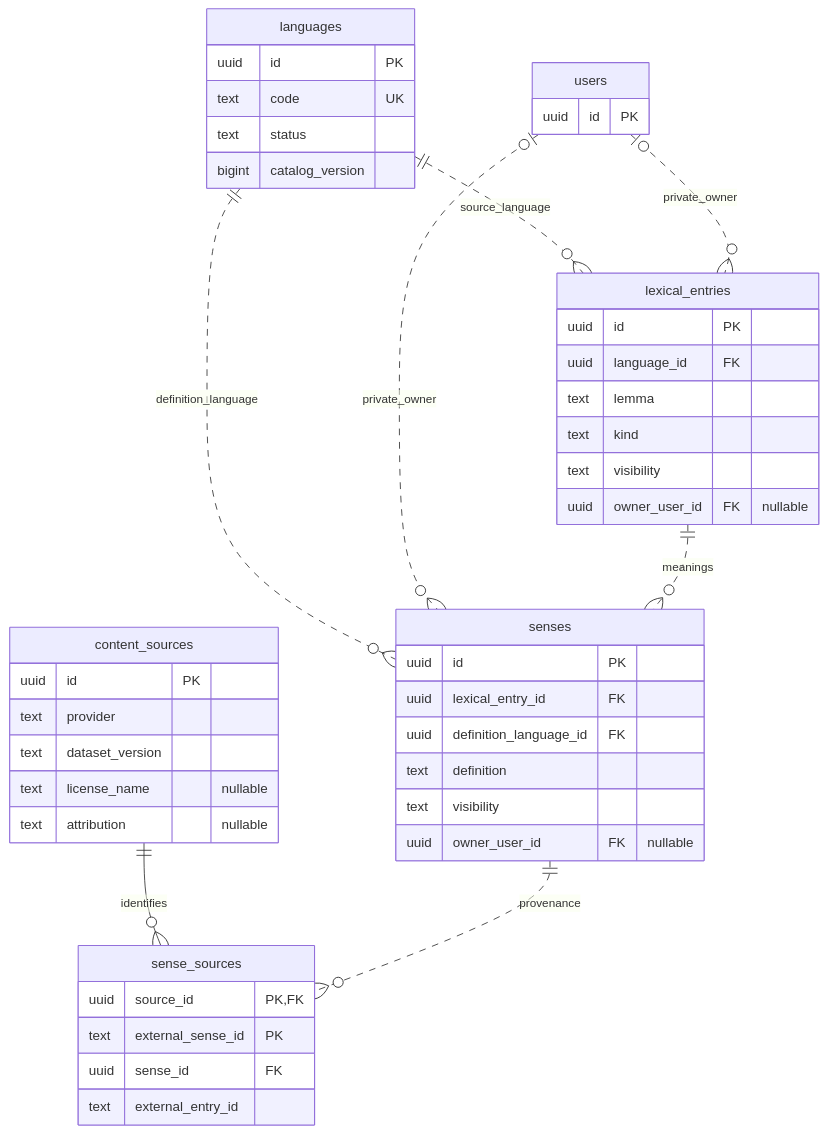
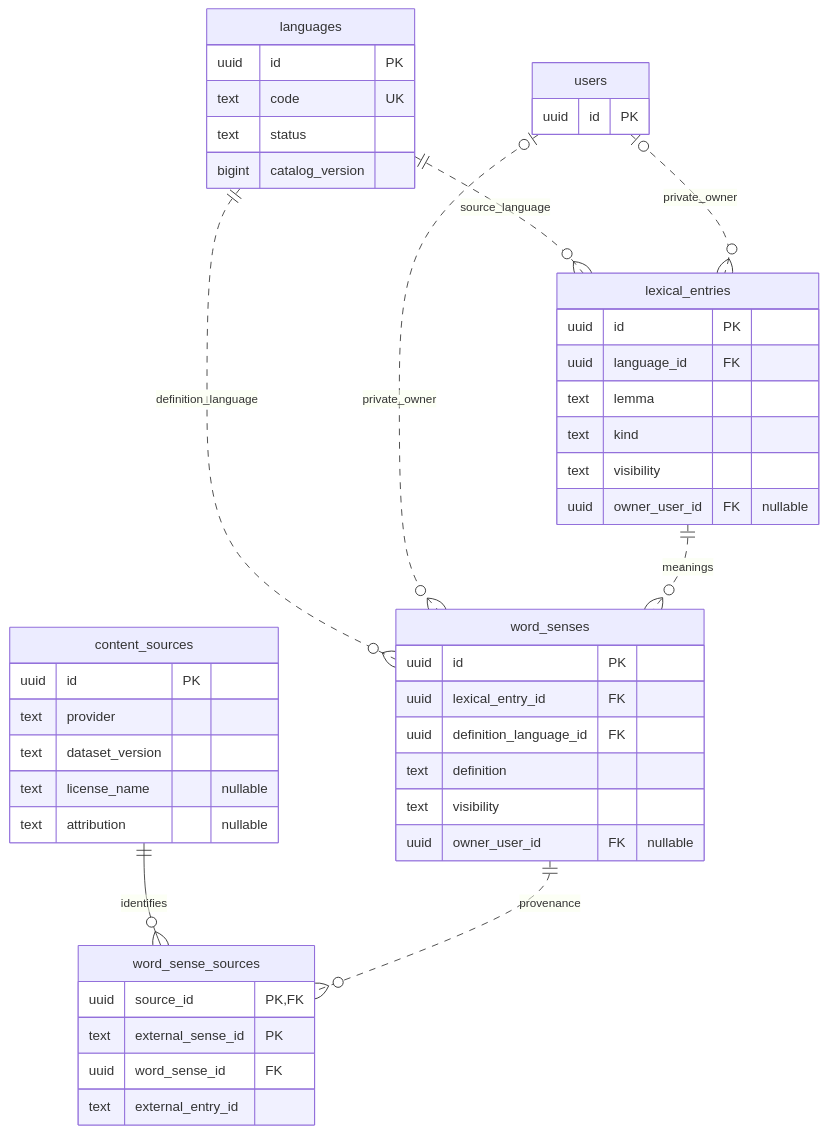
One commit to flairgc/kompotik changed the third of 9 diagrams in doc/database-er.md. Above: the diagram before and after it, drawn with Mermaid. The commit also changed other lines of this file and 7 other files, not shown here.

````diff
--- a/doc/database-er.md
+++ b/doc/database-er.md
@@ -116,49 +116,49 @@
 ```mermaid
 erDiagram
     languages["languages"] {
         uuid id PK
         text code UK
         text status
         bigint catalog_version
     }
     users["users"] {
         uuid id PK
     }
     lexicalEntries["lexical_entries"] {
         uuid id PK
         uuid language_id FK
         text lemma
         text kind
         text visibility
         uuid owner_user_id FK "nullable"
     }
-    senses["senses"] {
+    word_senses["word_senses"] {
         uuid id PK
         uuid lexical_entry_id FK
         uuid definition_language_id FK
         text definition
         text visibility
         uuid owner_user_id FK "nullable"
     }
     contentSources["content_sources"] {
         uuid id PK
         text provider
         text dataset_version
         text license_name "nullable"
         text attribution "nullable"
     }
-    senseSources["sense_sources"] {
+    wordSenseSources["word_sense_sources"] {
         uuid source_id PK, FK
         text external_sense_id PK
-        uuid sense_id FK
+        uuid word_sense_id FK
         text external_entry_id
     }
 
     languages ||..o{ lexicalEntries : source_language
-    languages ||..o{ senses : definition_language
+    languages ||..o{ word_senses : definition_language
     users |o..o{ lexicalEntries : private_owner
-    users |o..o{ senses : private_owner
-    lexicalEntries ||..o{ senses : meanings
-    contentSources ||--o{ senseSources : identifies
-    senses ||..o{ senseSources : provenance
+    users |o..o{ word_senses : private_owner
+    lexicalEntries ||..o{ word_senses : meanings
+    contentSources ||--o{ wordSenseSources : identifies
+    word_senses ||..o{ wordSenseSources : provenance
 ```
````
